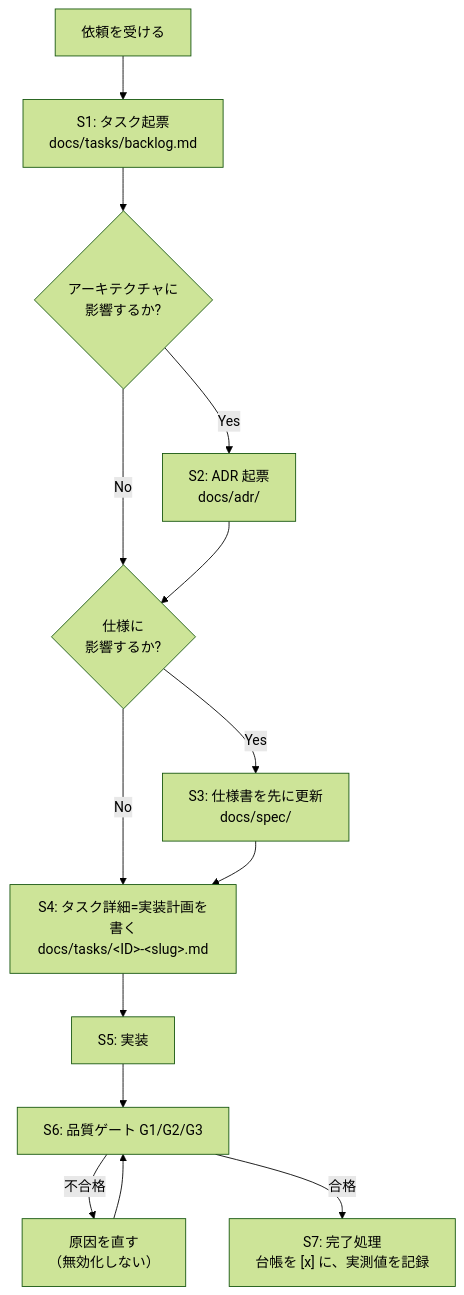
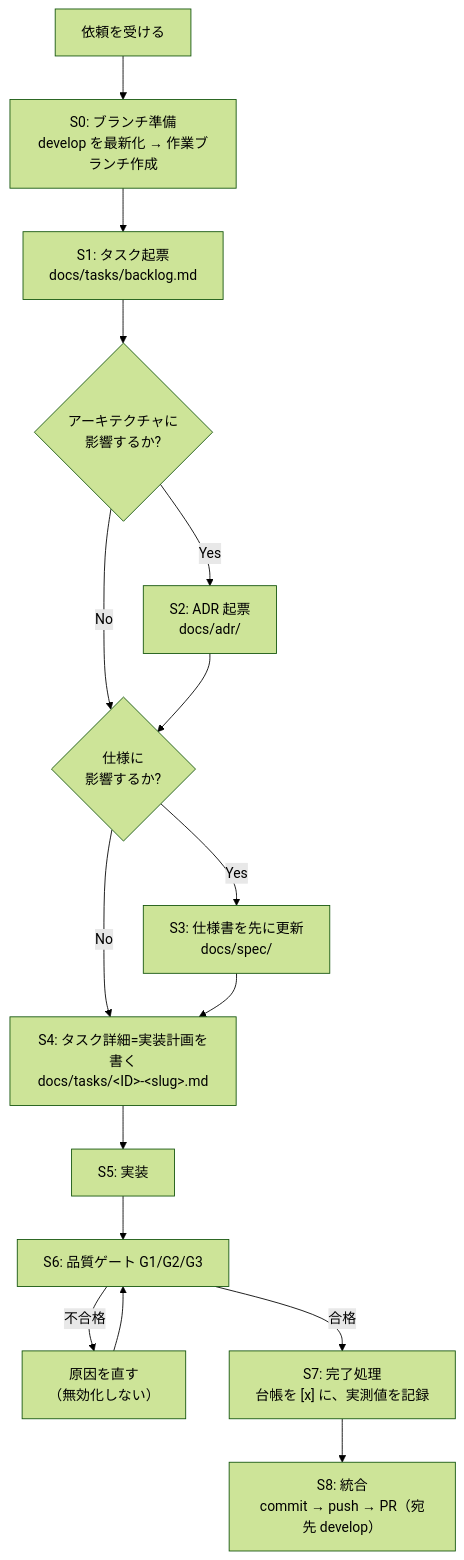
The diagram in docs/harness/10-workflow.md (otomac/audio-capture-app), drawn with Mermaid (forest theme) before and after one commit. The commit also changed other lines of this file and 8 other files, not shown here.

````diff
--- a/docs/harness/10-workflow.md
+++ b/docs/harness/10-workflow.md
@@ -10,16 +10,18 @@
 ```mermaid
 flowchart TD
-    A["依頼を受ける"] --> B["S1: タスク起票<br/>docs/tasks/backlog.md"]
+    A["依頼を受ける"] --> A0["S0: ブランチ準備<br/>develop を最新化 → 作業ブランチ作成"]
+    A0 --> B["S1: タスク起票<br/>docs/tasks/backlog.md"]
     B --> C{"アーキテクチャに<br/>影響するか?"}
     C -->|Yes| D["S2: ADR 起票<br/>docs/adr/"]
     C -->|No| E
     D --> E{"仕様に<br/>影響するか?"}
     E -->|Yes| F["S3: 仕様書を先に更新<br/>docs/spec/"]
     E -->|No| G
     F --> G["S4: タスク詳細=実装計画を書く<br/>docs/tasks/&lt;ID&gt;-&lt;slug&gt;.md"]
     G --> H["S5: 実装"]
     H --> I["S6: 品質ゲート G1/G2/G3"]
     I -->|不合格| J["原因を直す<br/>（無効化しない）"]
     J --> I
     I -->|合格| K["S7: 完了処理<br/>台帳を [x] に、実測値を記録"]
+    K --> L["S8: 統合<br/>commit → push → PR（宛先 develop）"]
 ```
````
